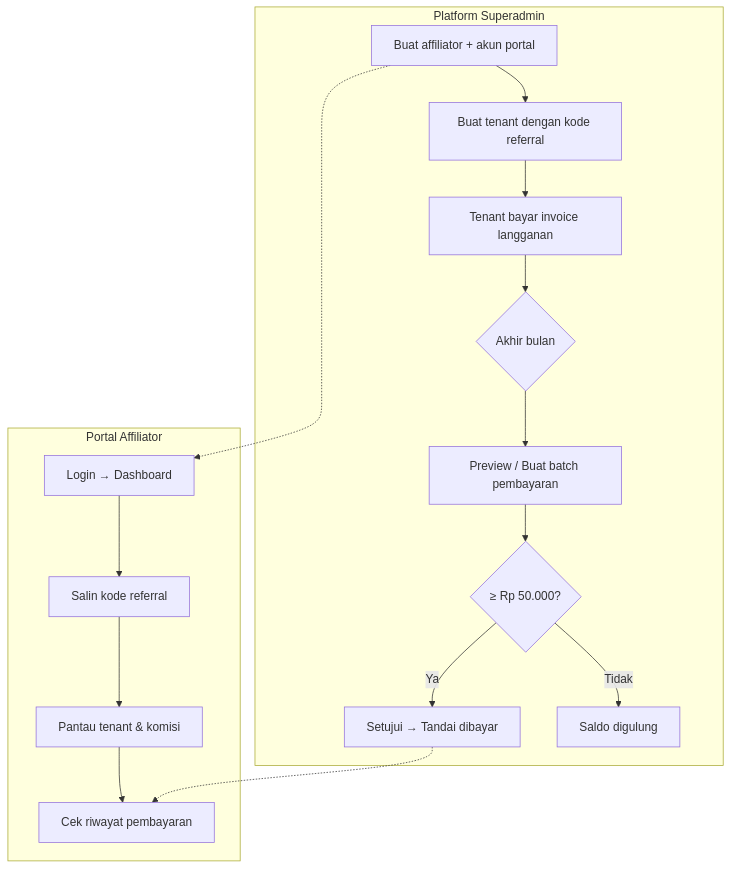
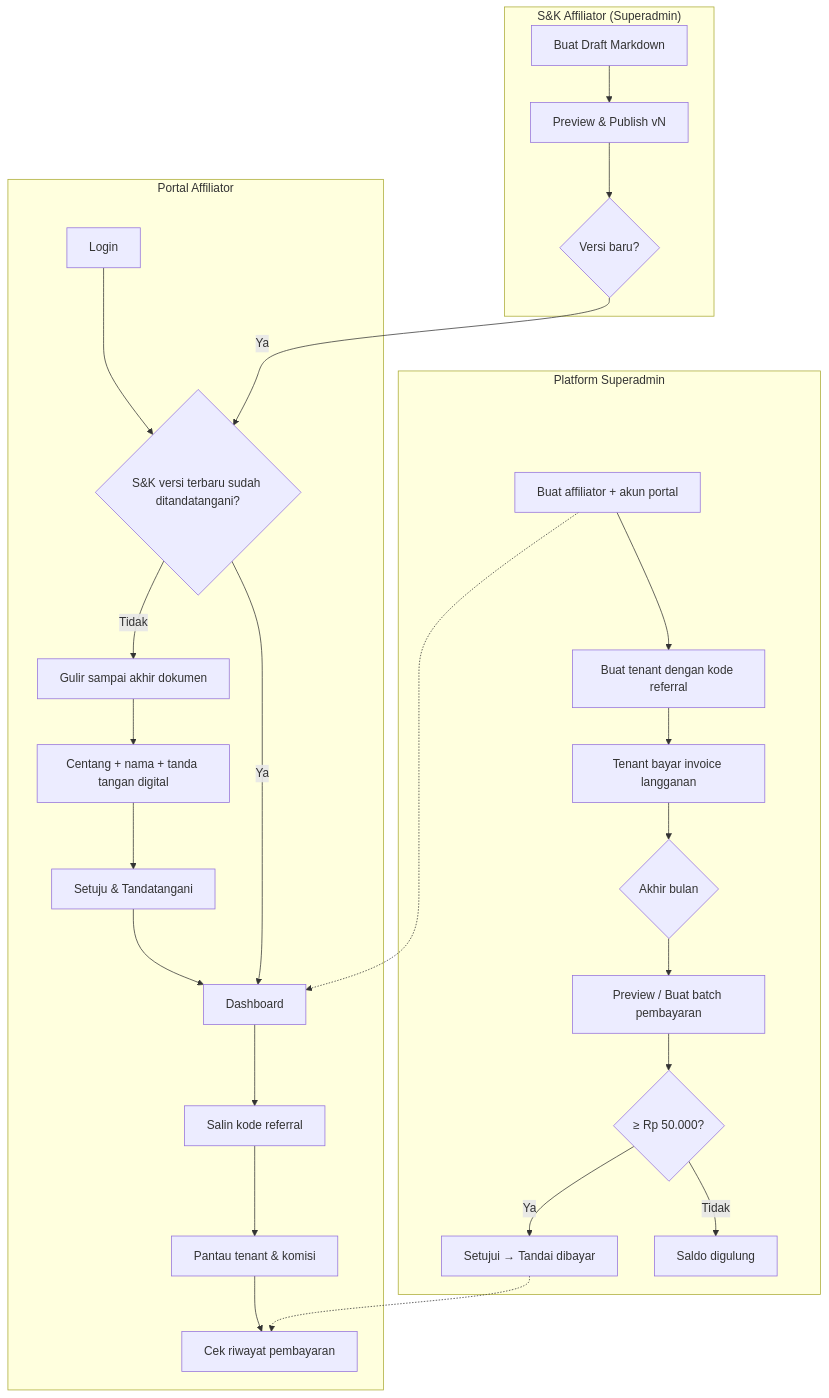
Before and after one commit to nsntr-ai/happy-farmers-manual: the second of 2 diagrams in pages/modules/13_affiliate_program.md, drawn with Mermaid. The commit also changed other lines of this file and 6 other files, not shown here.

````diff
--- a/pages/modules/13_affiliate_program.md
+++ b/pages/modules/13_affiliate_program.md
@@ -191,19 +306,30 @@
 ```mermaid
 flowchart TD
     subgraph Admin["Platform Superadmin"]
         A1[Buat affiliator + akun portal] --> A2[Buat tenant dengan kode referral]
         A2 --> A3[Tenant bayar invoice langganan]
         A3 --> A4{Akhir bulan}
         A4 --> A5[Preview / Buat batch pembayaran]
         A5 --> A6{≥ Rp 50.000?}
         A6 -- Ya --> A7[Setujui → Tandai dibayar]
         A6 -- Tidak --> A8[Saldo digulung]
     end
     subgraph Partner["Portal Affiliator"]
-        P1[Login → Dashboard] --> P2[Salin kode referral]
+        P0[Login] --> P0a{S&K versi terbaru sudah ditandatangani?}
+        P0a -- Tidak --> P0b[Gulir sampai akhir dokumen]
+        P0b --> P0c[Centang + nama + tanda tangan digital]
+        P0c --> P0d[Setuju & Tandatangani]
+        P0d --> P1[Dashboard]
+        P0a -- Ya --> P1
+        P1 --> P2[Salin kode referral]
         P2 --> P3[Pantau tenant & komisi]
         P3 --> P4[Cek riwayat pembayaran]
+    end
+    subgraph Legal["S&K Affiliator (Superadmin)"]
+        L1[Buat Draft Markdown] --> L2[Preview & Publish vN]
+        L2 --> L3{Versi baru?}
+        L3 -- Ya --> P0a
     end
     A1 -.-> P1
     A7 -.-> P4
 ```
````
